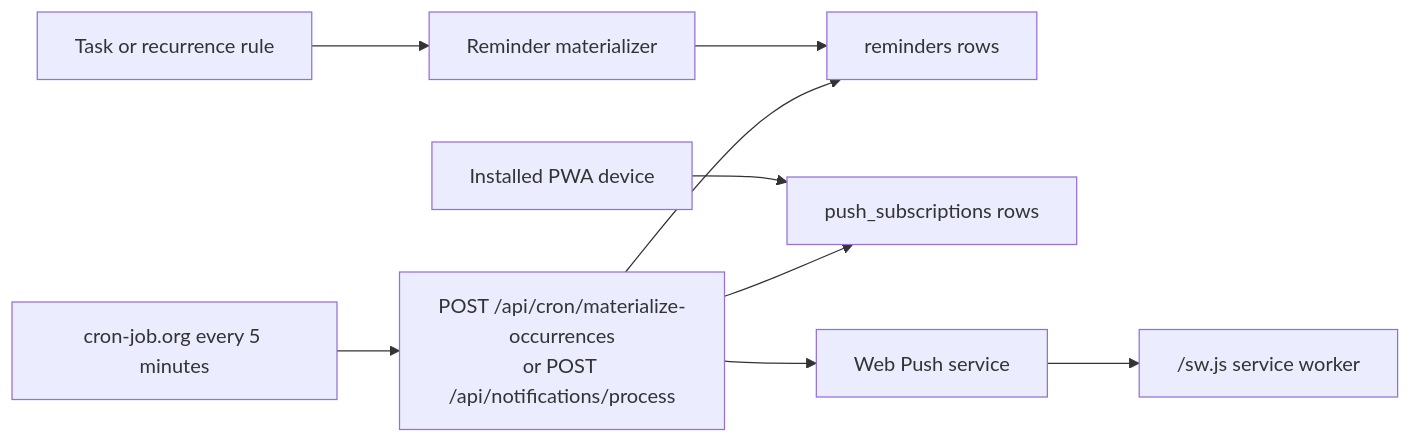
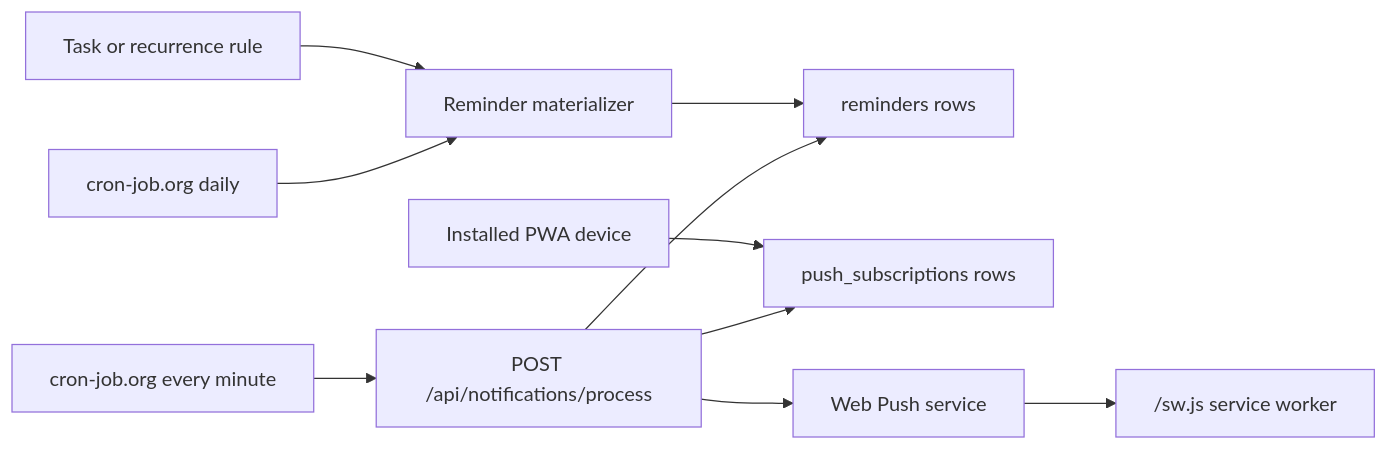
The diagram in docs/notifications.md (sameeradsv/circuit), drawn with Mermaid before and after one commit. The commit also changed other lines of this file and 2 other files, not shown here.

Commit message:
Document current low-quota cron cadence

````diff
--- a/docs/notifications.md
+++ b/docs/notifications.md
@@ -7,11 +7,12 @@
 ```mermaid
 flowchart LR
   Task["Task or recurrence rule"] --> Materializer["Reminder materializer"]
   Materializer --> Reminder["reminders rows"]
   Device["Installed PWA device"] --> Sub["push_subscriptions rows"]
-  Cron["cron-job.org every 5 minutes"] --> Processor["POST /api/cron/materialize-occurrences\nor POST /api/notifications/process"]
+  ReminderCron["cron-job.org every minute"] --> Processor["POST /api/notifications/process"]
+  MaterializeCron["cron-job.org daily"] --> Materializer
   Processor --> Reminder
   Processor --> Sub
   Processor --> Push["Web Push service"]
   Push --> SW["/sw.js service worker"]
 ```
````
